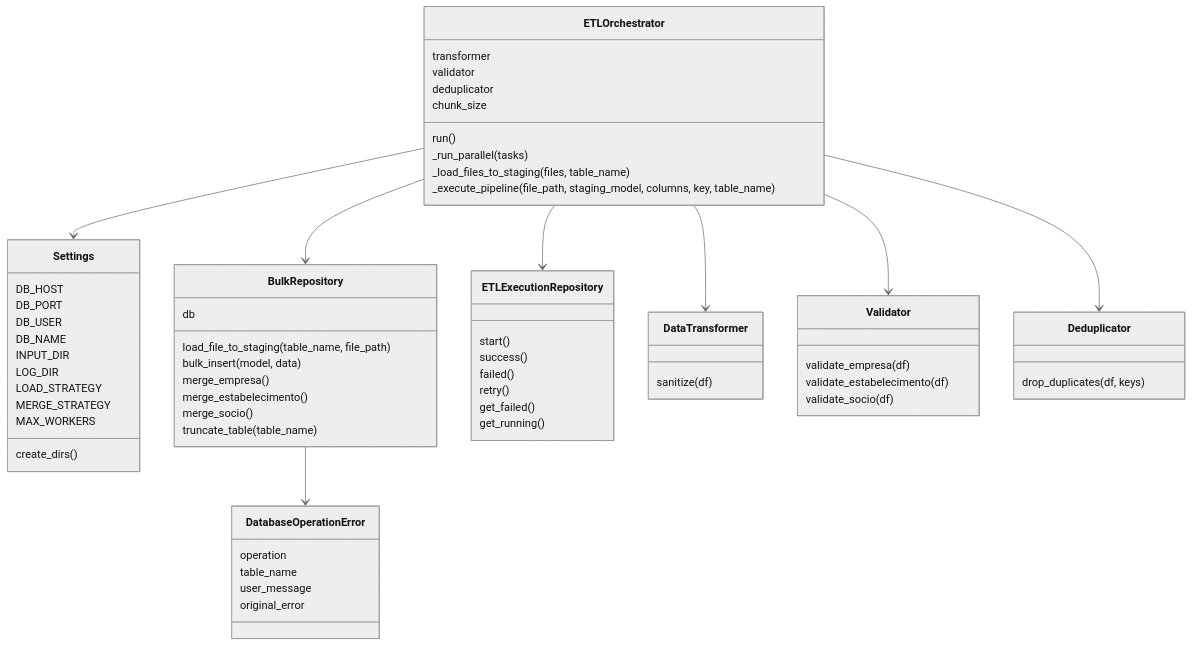
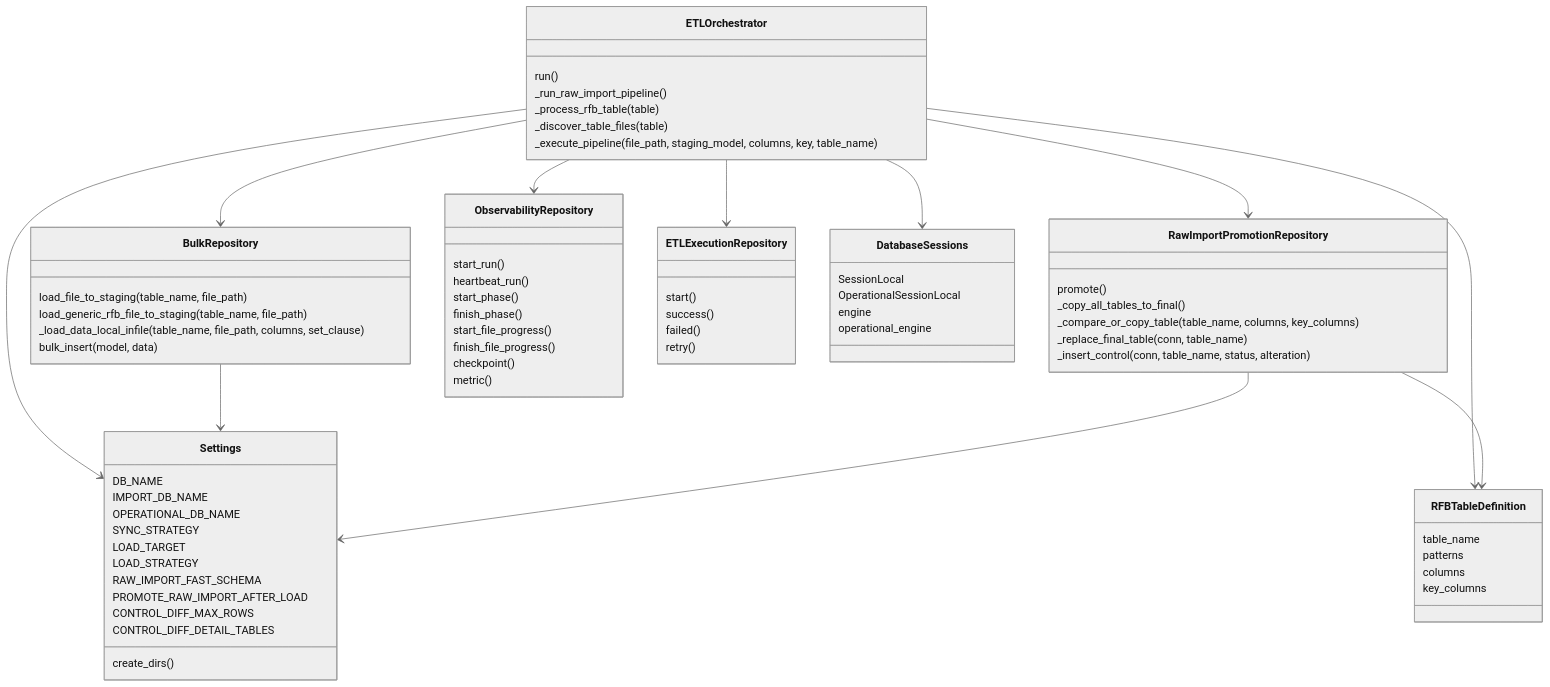
Before and after one commit to vrelme/DADOS_RFB: the diagram in docs/diagrams/class-diagram.mmd, drawn with Mermaid (neutral theme). The commit also changed 9 other files, not shown here.

Commit message:
docs: update v3 raw import architecture

```diff
--- a/docs/diagrams/class-diagram.mmd
+++ b/docs/diagrams/class-diagram.mmd
@@ -1,72 +1,80 @@
 classDiagram
     class Settings {
-        DB_HOST
-        DB_PORT
-        DB_USER
         DB_NAME
-        INPUT_DIR
-        LOG_DIR
+        IMPORT_DB_NAME
+        OPERATIONAL_DB_NAME
+        SYNC_STRATEGY
+        LOAD_TARGET
         LOAD_STRATEGY
-        MERGE_STRATEGY
-        MAX_WORKERS
+        RAW_IMPORT_FAST_SCHEMA
+        PROMOTE_RAW_IMPORT_AFTER_LOAD
+        CONTROL_DIFF_MAX_ROWS
+        CONTROL_DIFF_DETAIL_TABLES
         create_dirs()
     }
 
     class ETLOrchestrator {
-        transformer
-        validator
-        deduplicator
-        chunk_size
         run()
-        _run_parallel(tasks)
-        _load_files_to_staging(files, table_name)
+        _run_raw_import_pipeline()
+        _process_rfb_table(table)
+        _discover_table_files(table)
         _execute_pipeline(file_path, staging_model, columns, key, table_name)
     }
 
+    class RFBTableDefinition {
+        table_name
+        patterns
+        columns
+        key_columns
+    }
+
     class BulkRepository {
-        db
         load_file_to_staging(table_name, file_path)
+        load_generic_rfb_file_to_staging(table_name, file_path)
+        _load_data_local_infile(table_name, file_path, columns, set_clause)
         bulk_insert(model, data)
-        merge_empresa()
-        merge_estabelecimento()
-        merge_socio()
-        truncate_table(table_name)
+    }
+
+    class RawImportPromotionRepository {
+        promote()
+        _copy_all_tables_to_final()
+        _compare_or_copy_table(table_name, columns, key_columns)
+        _replace_final_table(conn, table_name)
+        _insert_control(conn, table_name, status, alteration)
+    }
+
+    class ObservabilityRepository {
+        start_run()
+        heartbeat_run()
+        start_phase()
+        finish_phase()
+        start_file_progress()
+        finish_file_progress()
+        checkpoint()
+        metric()
     }
 
     class ETLExecutionRepository {
         start()
         success()
         failed()
         retry()
-        get_failed()
-        get_running()
     }
 
-    class DataTransformer {
-        sanitize(df)
-    }
-
-    class Validator {
-        validate_empresa(df)
-        validate_estabelecimento(df)
-        validate_socio(df)
-    }
-
-    class Deduplicator {
-        drop_duplicates(df, keys)
-    }
-
-    class DatabaseOperationError {
-        operation
-        table_name
-        user_message
-        original_error
+    class DatabaseSessions {
+        SessionLocal
+        OperationalSessionLocal
+        engine
+        operational_engine
     }
 
     ETLOrchestrator --> Settings
+    ETLOrchestrator --> RFBTableDefinition
     ETLOrchestrator --> BulkRepository
+    ETLOrchestrator --> RawImportPromotionRepository
+    ETLOrchestrator --> ObservabilityRepository
     ETLOrchestrator --> ETLExecutionRepository
-    ETLOrchestrator --> DataTransformer
-    ETLOrchestrator --> Validator
-    ETLOrchestrator --> Deduplicator
-    BulkRepository --> DatabaseOperationError
+    ETLOrchestrator --> DatabaseSessions
+    BulkRepository --> Settings
+    RawImportPromotionRepository --> Settings
+    RawImportPromotionRepository --> RFBTableDefinition
```
